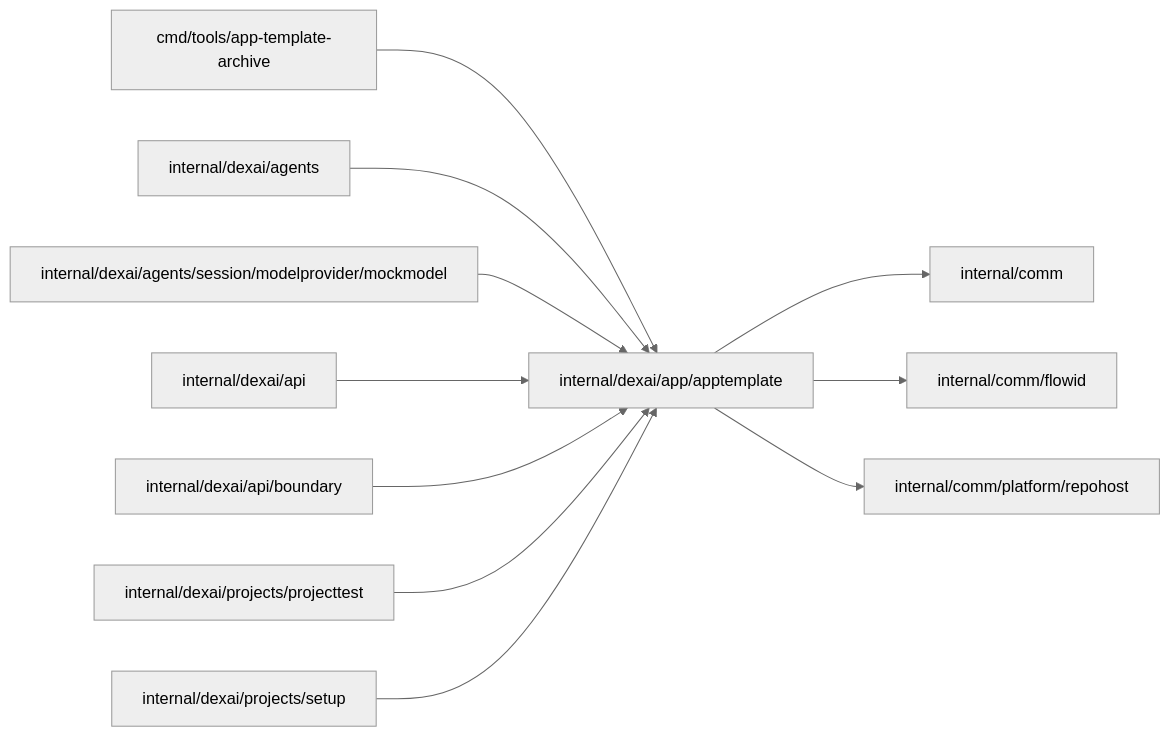
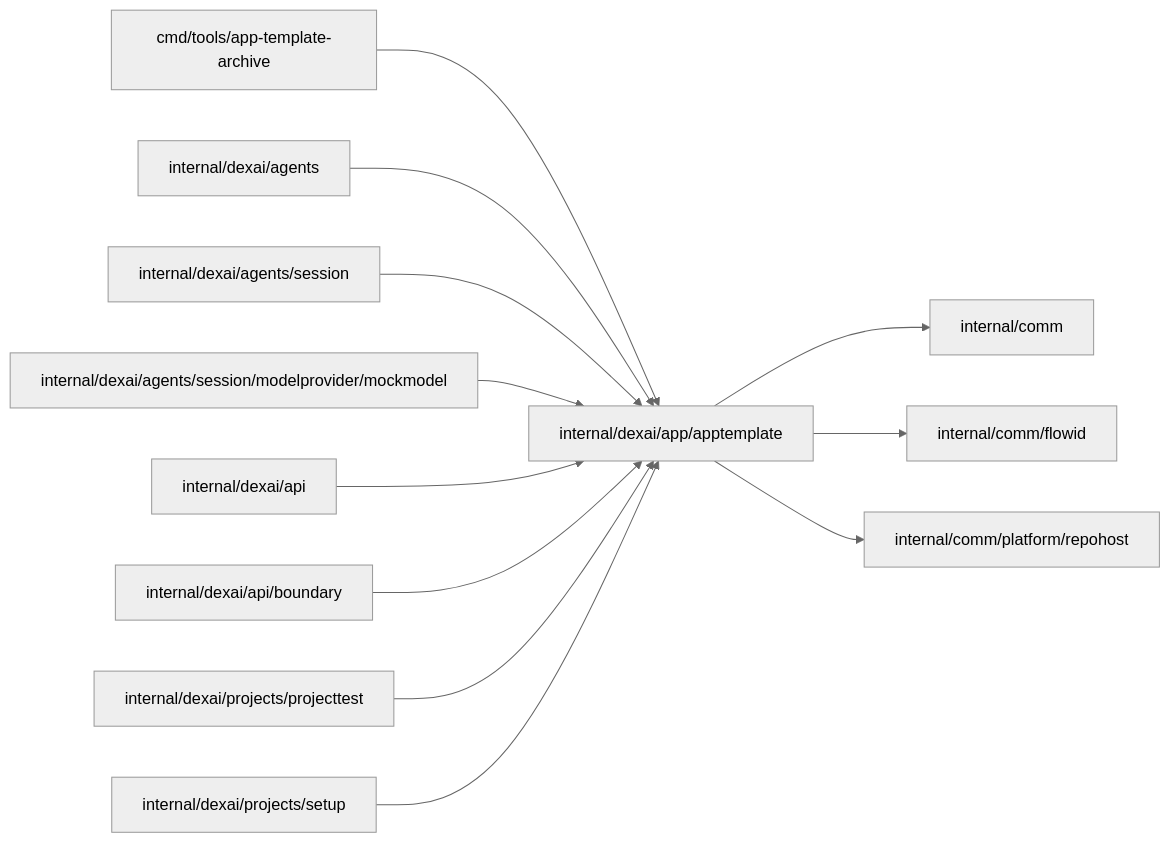
The diagram in internal/dexai/app/apptemplate/README.md (superdurable/superverse), drawn with Mermaid (neutral theme) before and after one commit. The commit also changed other lines of this file and 126 other files, not shown here.

````diff
--- a/internal/dexai/app/apptemplate/README.md
+++ b/internal/dexai/app/apptemplate/README.md
@@ -10,14 +10,15 @@
 ```mermaid
 flowchart LR
   self["internal/dexai/app/apptemplate"]
   c0["cmd/tools/app-template-archive"] --> self
   c1["internal/dexai/agents"] --> self
-  c2["internal/dexai/agents/session/modelprovider/mockmodel"] --> self
-  c3["internal/dexai/api"] --> self
-  c4["internal/dexai/api/boundary"] --> self
-  c5["internal/dexai/projects/projecttest"] --> self
-  c6["internal/dexai/projects/setup"] --> self
+  c2["internal/dexai/agents/session"] --> self
+  c3["internal/dexai/agents/session/modelprovider/mockmodel"] --> self
+  c4["internal/dexai/api"] --> self
+  c5["internal/dexai/api/boundary"] --> self
+  c6["internal/dexai/projects/projecttest"] --> self
+  c7["internal/dexai/projects/setup"] --> self
   self --> d0["internal/comm"]
   self --> d1["internal/comm/flowid"]
   self --> d2["internal/comm/platform/repohost"]
 ```
````
